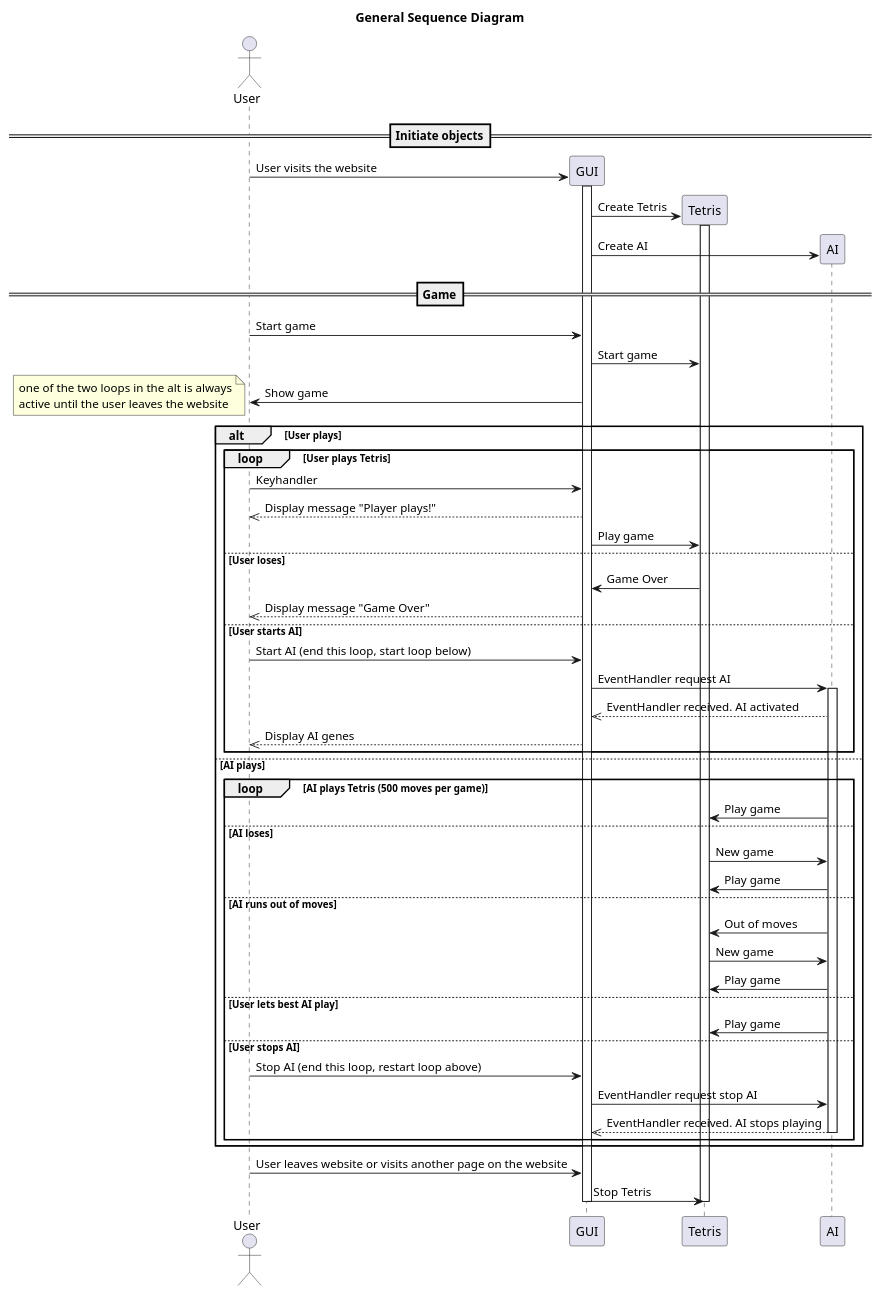
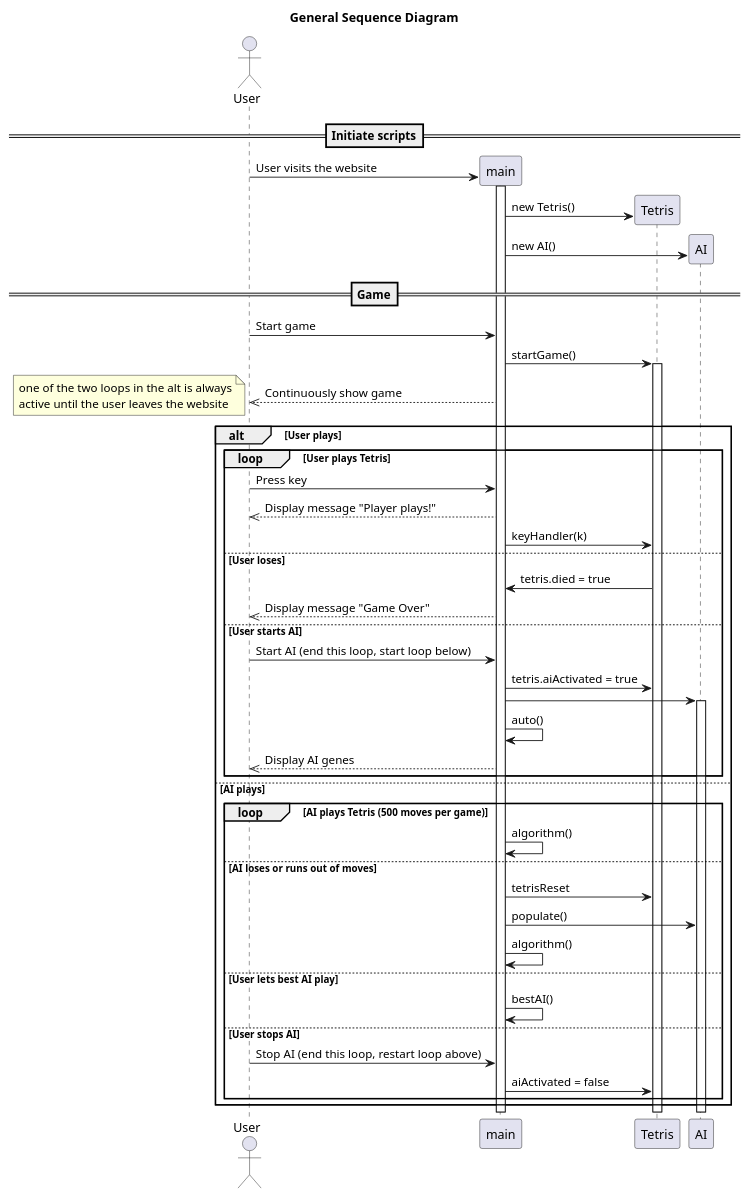
Before and after one commit to matissecallewaert/ai-tetris: the diagram in Analyse/GeneralSequence.puml, drawn with PlantUML. The commit also changed 4 other files, not shown here.

Commit message:
diagrammen aangepast en ai parameters veranderd

```diff
--- a/Analyse/GeneralSequence.puml
+++ b/Analyse/GeneralSequence.puml
@@ -1,70 +1,60 @@
 @startuml Teturisu
 
 title ==General Sequence Diagram==
 
 actor User
 
-==Initiate objects==
-create GUI
-User -> GUI: User visits the website
-activate GUI
+==Initiate scripts==
+create main
+User -> main: User visits the website
+activate main
 create Tetris
-GUI -> Tetris: Create Tetris
-activate Tetris
+main -> Tetris: new Tetris()
 create AI
-GUI -> AI: Create AI
+main -> AI: new AI()
 
 
 ==Game==
-User -> GUI: Start game
-GUI -> Tetris: Start game
-GUI -> User: Show game
+User -> main: Start game
+main -> Tetris: startGame()
+activate Tetris
+main -->> User: Continuously show game
 
 note left
 one of the two loops in the alt is always
 active until the user leaves the website
 end note
 
 alt User plays
     loop User plays Tetris
-        User -> GUI: Keyhandler
-        GUI -->> User: Display message "Player plays!"
-        GUI-> Tetris: Play game
+        User -> main: Press key
+        main -->> User: Display message "Player plays!"
+        main-> Tetris: keyHandler(k)
         else User loses
-            Tetris -> GUI: Game Over
-            GUI -->> User: Display message "Game Over"
+            Tetris -> main: tetris.died = true
+            main -->> User: Display message "Game Over"
         else User starts AI
-            User -> GUI: Start AI (end this loop, start loop below)
-            GUI -> AI: EventHandler request AI
+            User -> main: Start AI (end this loop, start loop below)
+            main -> Tetris: tetris.aiActivated = true
+            main -> AI
             Activate AI
-            AI -->> GUI: EventHandler received. AI activated
-            GUI -->> User: Display AI genes
+            main -> main: auto()
+            main -->> User: Display AI genes
     end
 
 else AI plays
     loop AI plays Tetris (500 moves per game)
-        AI -> Tetris: Play game
-        else AI loses
-            Tetris -> AI: New game
-            AI -> Tetris: Play game
-        else AI runs out of moves
-            AI -> Tetris: Out of moves
-            Tetris -> AI: New game
-            AI -> Tetris: Play game
+        main -> main: algorithm()
+        else AI loses or runs out of moves
+            main -> Tetris: tetrisReset
+            main -> AI: populate()
+            main -> main: algorithm()
         else User lets best AI play
-            AI -> Tetris: Play game
+            main -> main: bestAI()
         else User stops AI
-            User -> GUI: Stop AI (end this loop, restart loop above)
-            GUI -> AI: EventHandler request stop AI
-            AI -->> GUI: EventHandler received. AI stops playing
-            deactivate AI
+            User -> main: Stop AI (end this loop, restart loop above)
+            main -> Tetris: aiActivated = false
     end
 end
 
-
-GUI <- User: User leaves website or visits another page on the website
-
-GUI -> Tetris: Stop Tetris
-deactivate Tetris
-deactivate GUI
 @enduml
```
